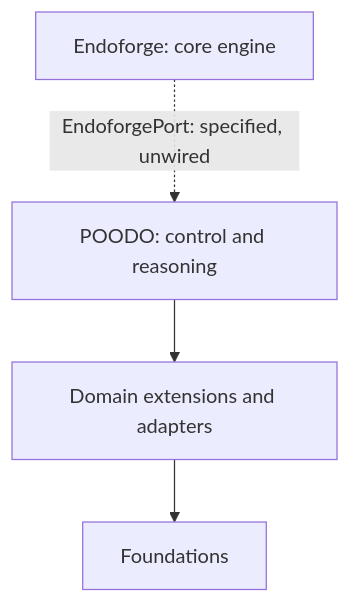
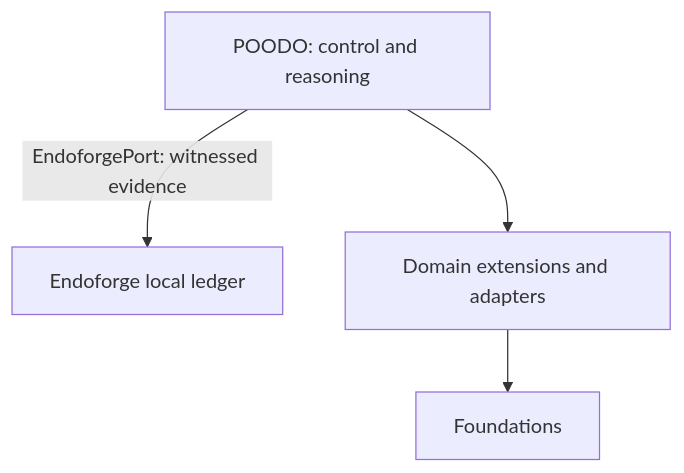
The diagram in docs/architecture/architecture.md (Akilleez-QA/cstack), drawn with Mermaid before and after one commit. The commit also changed other lines of this file and 13 other files, not shown here.

Commit message:
Route configured POODO evidence through Endoforge

````diff
--- a/docs/architecture/architecture.md
+++ b/docs/architecture/architecture.md
@@ -15,6 +15,6 @@
 ```mermaid
 flowchart TB
-    E[Endoforge: core engine] -. "EndoforgePort: specified, unwired" .-> P[POODO: control and reasoning]
+    P[POODO: control and reasoning] -->|EndoforgePort: witnessed evidence| E[Endoforge local ledger]
     P --> A[Domain extensions and adapters]
     A --> F[Foundations]
 ```
````
